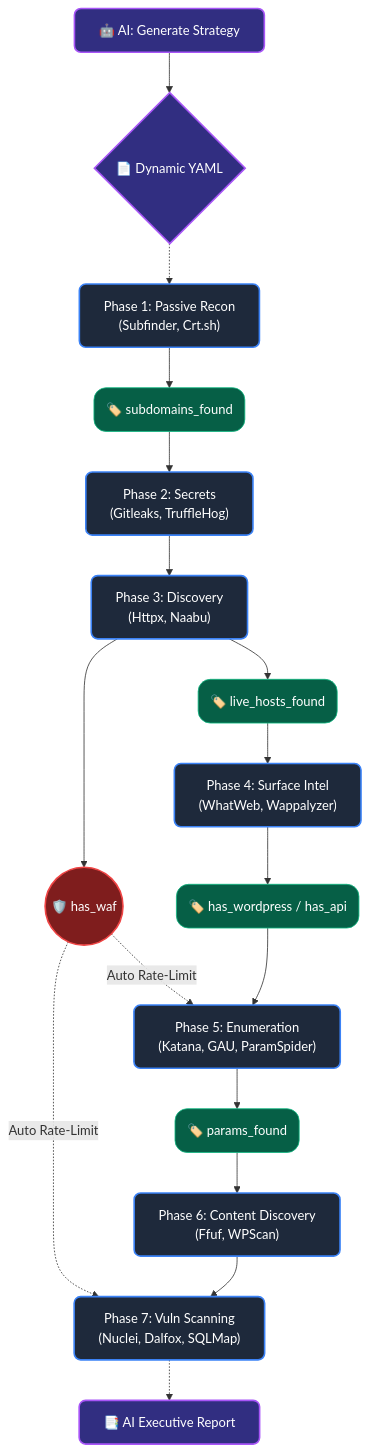
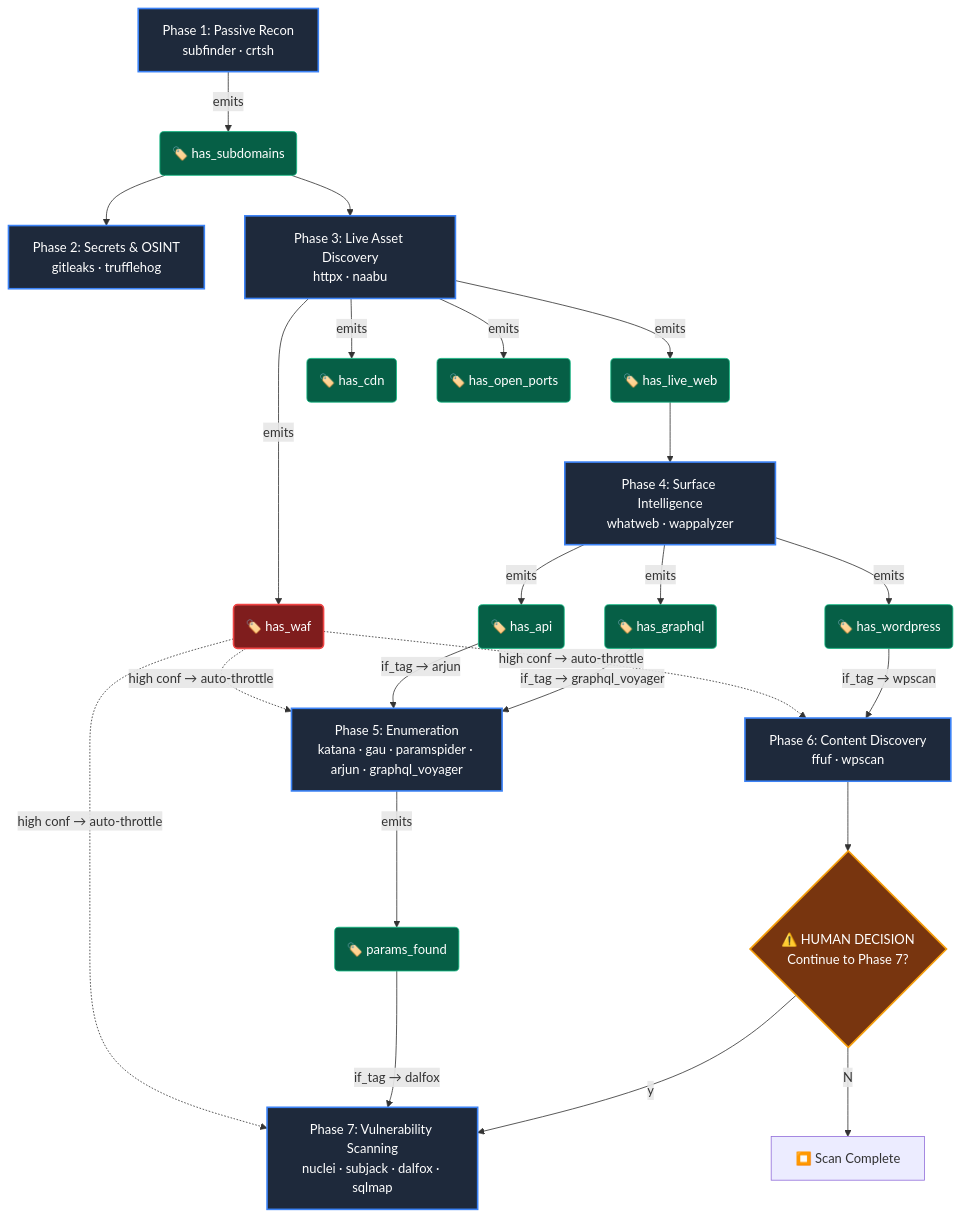
The second of 4 diagrams in README.md (HuntForgeHQ/huntforge), drawn with Mermaid before and after one commit. The commit also changed other lines of this file and 26 other files, not shown here.

````diff
--- a/README.md
+++ b/README.md
@@ -80,30 +99,44 @@
 ```mermaid
 graph TD
-    classDef phase fill:#1e293b,stroke:#3b82f6,stroke-width:2px,color:#fff,rx:8,ry:8
-    classDef ai_phase fill:#312e81,stroke:#a855f7,stroke-width:2px,color:#fff,rx:8,ry:8
-    classDef tag fill:#065f46,stroke:#10b981,stroke-width:1px,color:#fff,rx:15,ry:15
-    classDef waf fill:#7f1d1d,stroke:#ef4444,stroke-width:2px,color:#fff,rx:5,ry:5
+    classDef phase fill:#1e293b,stroke:#3b82f6,stroke-width:2px,color:#fff
+    classDef tag fill:#065f46,stroke:#10b981,stroke-width:1px,color:#fff
+    classDef waf fill:#7f1d1d,stroke:#ef4444,stroke-width:2px,color:#fff
+    classDef gate fill:#78350f,stroke:#f59e0b,stroke-width:2px,color:#fff
 
-    A["🤖 AI: Generate Strategy"]:::ai_phase --> B{"📄 Dynamic YAML"}:::ai_phase
-    B -.-> P1["Phase 1: Passive Recon\n(Subfinder, Crt.sh)"]:::phase
-    P1 --> T1("🏷️ subdomains_found"):::tag
+    P1["Phase 1: Passive Recon<br/>subfinder · crtsh"]:::phase
+    P2["Phase 2: Secrets & OSINT<br/>gitleaks · trufflehog"]:::phase
+    P3["Phase 3: Live Asset Discovery<br/>httpx · naabu"]:::phase
+    P4["Phase 4: Surface Intelligence<br/>whatweb · wappalyzer"]:::phase
+    P5["Phase 5: Enumeration<br/>katana · gau · paramspider · arjun · graphql_voyager"]:::phase
+    P6["Phase 6: Content Discovery<br/>ffuf · wpscan"]:::phase
+    P7["Phase 7: Vulnerability Scanning<br/>nuclei · subjack · dalfox · sqlmap"]:::phase
 
-    T1 --> P2["Phase 2: Secrets\n(Gitleaks, TruffleHog)"]:::phase
-    P2 --> P3["Phase 3: Discovery\n(Httpx, Naabu)"]:::phase
+    P1 -->|emits| T1("🏷️ has_subdomains"):::tag
+    T1 --> P2
+    T1 --> P3
 
-    P3 --> T2("🏷️ live_hosts_found"):::tag
-    P3 --> WAF(("🛡️ has_waf")):::waf
+    P3 -->|emits| T2("🏷️ has_live_web"):::tag
+    P3 -->|emits| T3("🏷️ has_waf"):::waf
+    P3 -->|emits| T4("🏷️ has_cdn"):::tag
+    P3 -->|emits| T5("🏷️ has_open_ports"):::tag
 
-    T2 --> P4["Phase 4: Surface Intel\n(WhatWeb, Wappalyzer)"]:::phase
-    WAF -.-> |Auto Rate-Limit| P5
-    WAF -.-> |Auto Rate-Limit| P7
+    T2 --> P4
+    P4 -->|emits| T6("🏷️ has_wordpress"):::tag
+    P4 -->|emits| T7("🏷️ has_api"):::tag
+    P4 -->|emits| T8("🏷️ has_graphql"):::tag
 
-    P4 --> T3("🏷️ has_wordpress / has_api"):::tag
-    T3 --> P5["Phase 5: Enumeration\n(Katana, GAU, ParamSpider)"]:::phase
+    T3 -.->|high conf → auto-throttle| P5
+    T3 -.->|high conf → auto-throttle| P6
+    T3 -.->|high conf → auto-throttle| P7
 
-    P5 --> T4("🏷️ params_found"):::tag
-    T4 --> P6["Phase 6: Content Discovery\n(Ffuf, WPScan)"]:::phase
+    T6 -->|if_tag → wpscan| P6
+    T7 -->|if_tag → arjun| P5
+    T8 -->|if_tag → graphql_voyager| P5
 
-    P6 --> P7["Phase 7: Vuln Scanning\n(Nuclei, Dalfox, SQLMap)"]:::phase
-    P7 -.-> Report["📑 AI Executive Report"]:::ai_phase
+    P5 -->|emits| T9("🏷️ params_found"):::tag
+    T9 -->|if_tag → dalfox| P7
+
+    P6 --> GATE{"⚠️ HUMAN DECISION<br/>Continue to Phase 7?"}:::gate
+    GATE -->|y| P7
+    GATE -->|N| STOP["⏹️ Scan Complete"]
 ```
````
